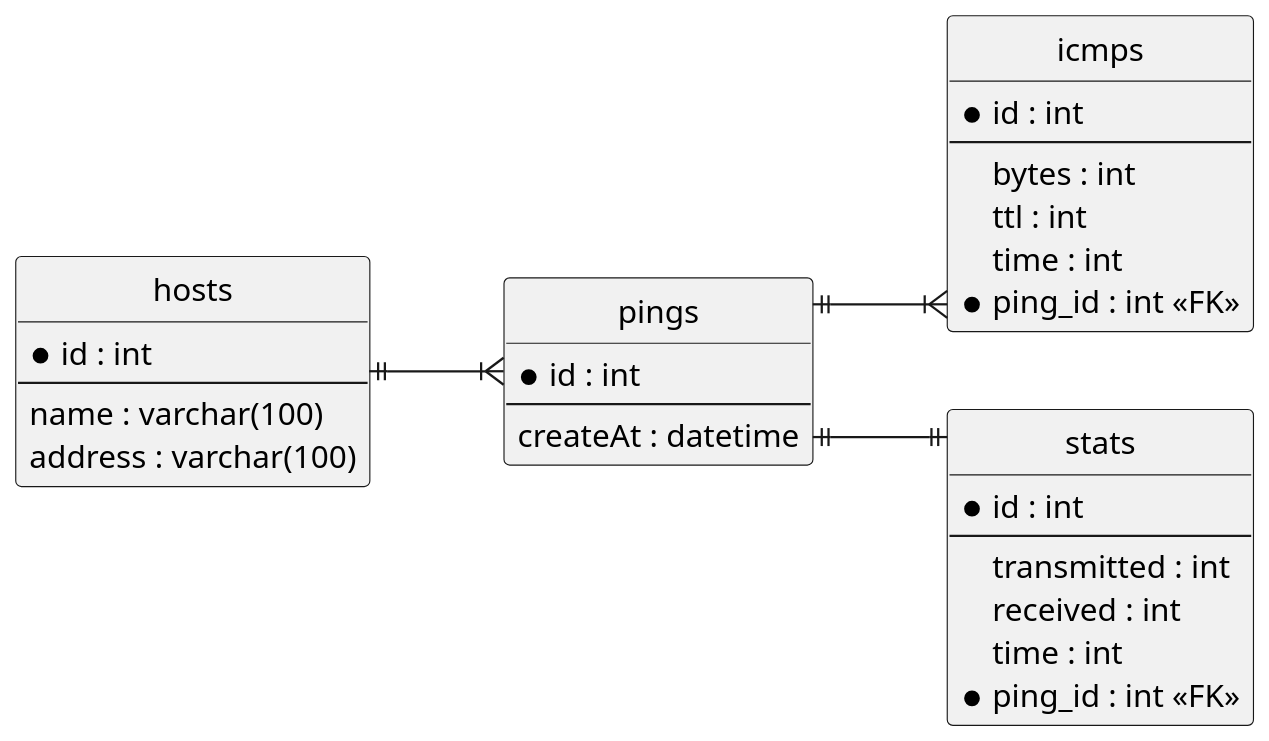
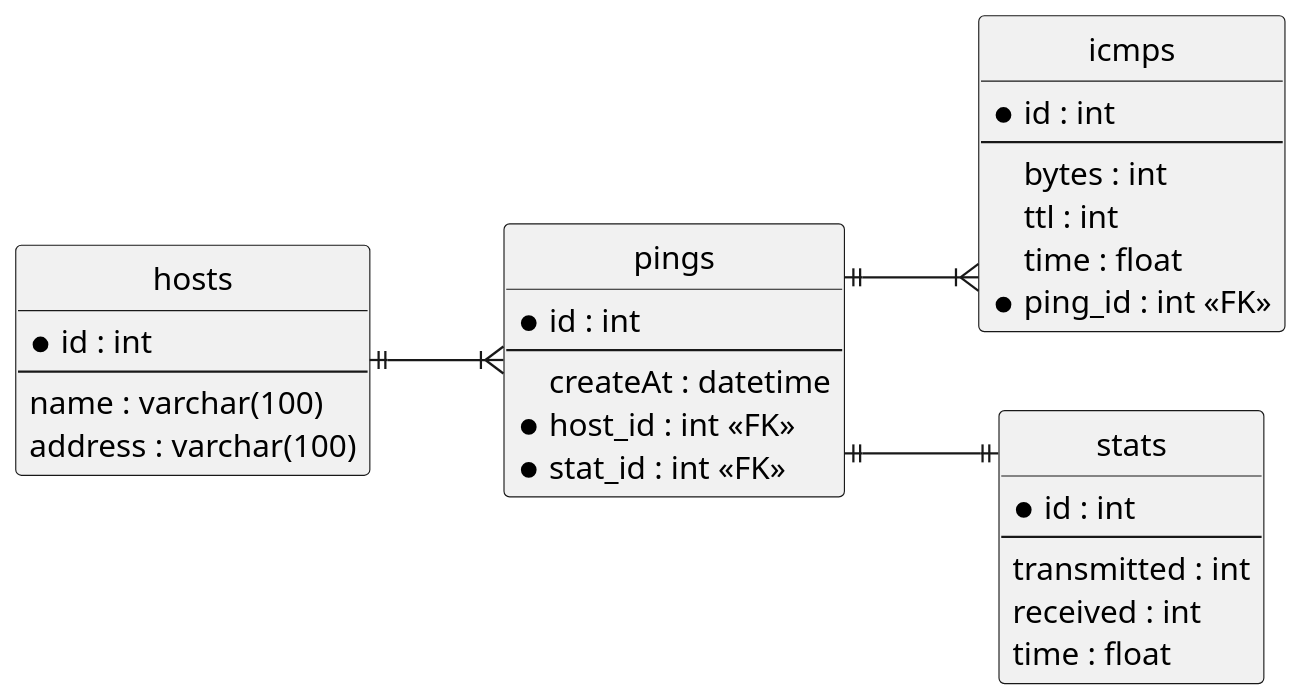
One commit to ifpb/dw changed the diagram in public/imgs/database/monitor-db-ping-stats.pu. Above: the diagram before and after it, drawn with PlantUML. The commit also changed 7 other files, not shown here.

```diff
--- a/public/imgs/database/monitor-db-ping-stats.pu
+++ b/public/imgs/database/monitor-db-ping-stats.pu
@@ -1,42 +1,43 @@
 @startuml
 hide circle
 scale 1.5
 skinparam linetype ortho
 skinparam monochrome true
 left to right direction
 
 entity "hosts" as host {
   *id : int
   --
   name : varchar(100)
   address : varchar(100)
 }
 
 entity "pings" as ping {
   *id : int
   --
   createAt : datetime
+  *host_id : int <<FK>>
+  *stat_id : int <<FK>>
 }
 
 entity "icmps" as icmp {
   *id : int
   --
   bytes : int
   ttl : int
-  time : int
+  time : float
   *ping_id : int <<FK>>
 }
 
 entity "stats" as stat {
   *id : int
   --
   transmitted : int
   received : int
-  time : int
-  *ping_id : int <<FK>>
+  time : float
 }
 
 ping ||--|{ icmp
 ping ||--|| stat
 host ||--|{ ping
 @enduml
```
